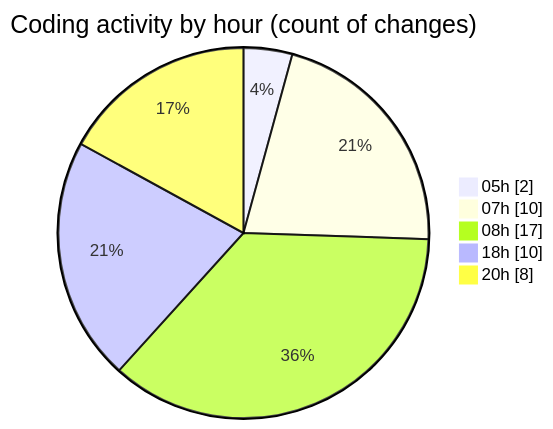
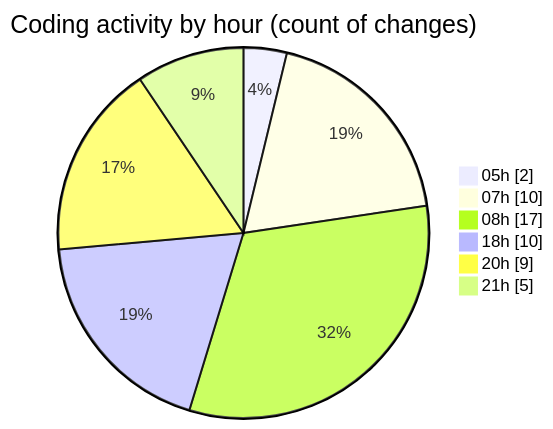
The second of 2 diagrams in 2025-04-08/sungpt/README.md (Elitesun/code-tracking), drawn with Mermaid before and after one commit. The commit also changed other lines of this file and 1 other file, not shown here.

````diff
--- a/2025-04-08/sungpt/README.md
+++ b/2025-04-08/sungpt/README.md
@@ -44,9 +49,10 @@
 ```mermaid
 pie showData
 title Coding activity by hour (count of changes)
 "05h" : 2
 "07h" : 10
 "08h" : 17
 "18h" : 10
-"20h" : 8
+"20h" : 9
+"21h" : 5
 ```
````
